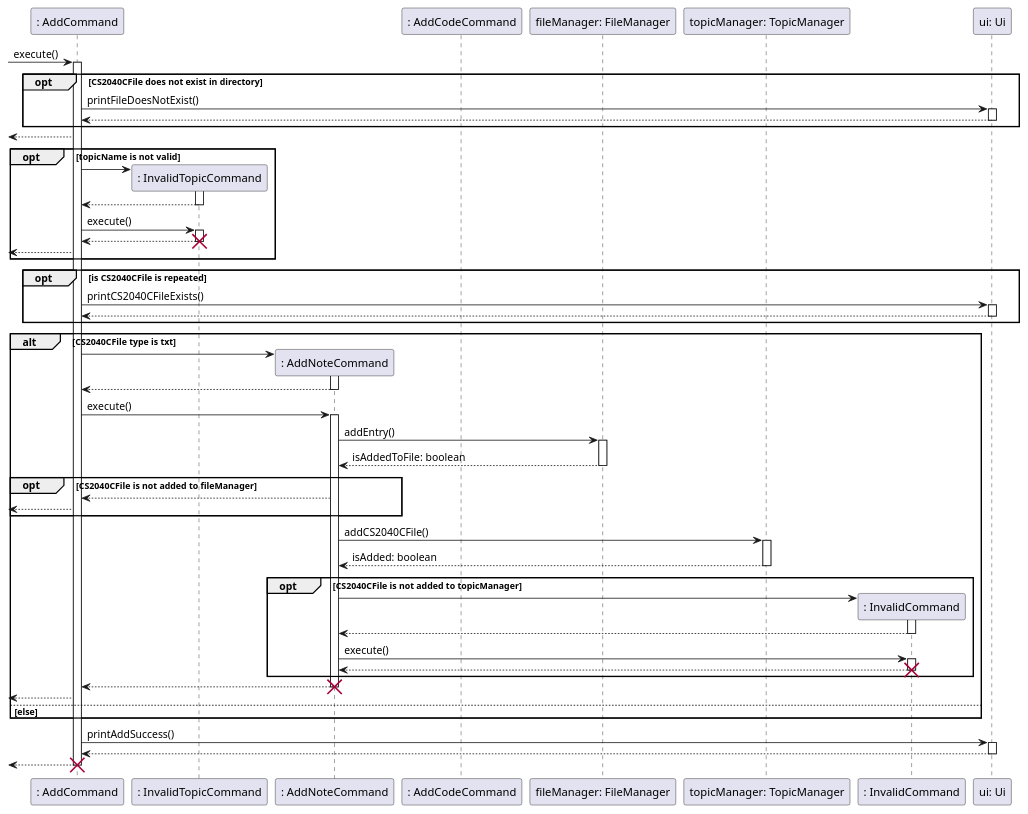
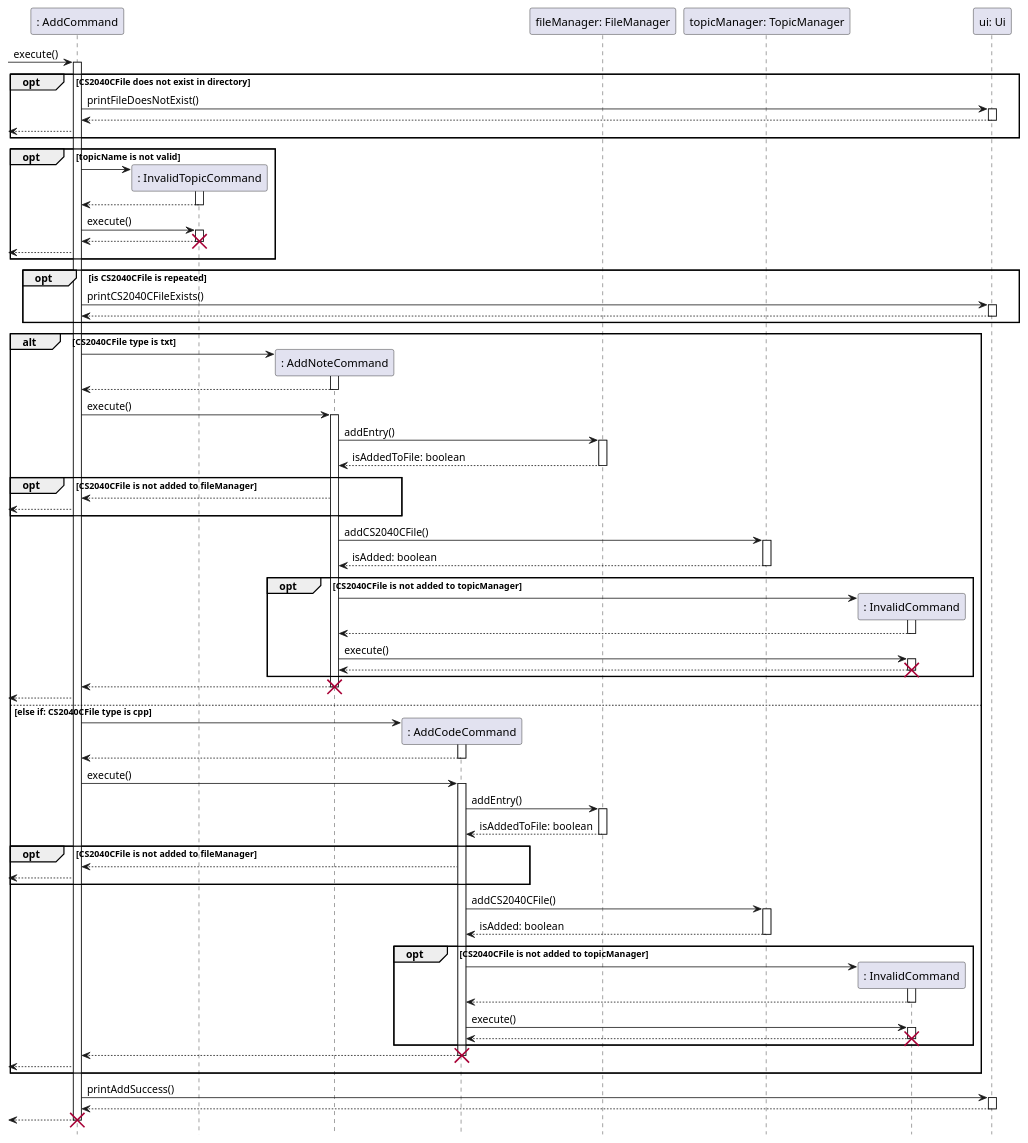
One commit to ong-ck/tp changed the diagram in docs/sequence-diagrams/source-files/AddFeature.puml. Above: the diagram before and after it, drawn with PlantUML. The commit also changed 7 other files, not shown here.

Commit message:
Add design and implementation for remove and update add sequence diagram

```diff
--- a/docs/sequence-diagrams/source-files/AddFeature.puml
+++ b/docs/sequence-diagrams/source-files/AddFeature.puml
@@ -1,80 +1,114 @@
 @startuml
-
+hide footbox
 participant ": AddCommand" as a
 participant ": InvalidTopicCommand" as it
 participant ": AddNoteCommand" as an
 participant ": AddCodeCommand" as ac
 participant "fileManager: FileManager" as fm
 participant "topicManager: TopicManager" as tm
 participant ": InvalidCommand" as ic
 participant "ui: Ui" as ui
 
 -> a : execute()
 activate a
     opt CS2040CFile does not exist in directory
         a -> ui : printFileDoesNotExist()
         activate ui
         return
+        <-- a
     end
-    <-- a
 
     opt topicName is not valid
         a -> it **
         activate it
         return
 
         a -> it: execute()
         activate it
         return
         destroy it
         <-- a
     end
 
     opt is CS2040CFile is repeated
         a -> ui : printCS2040CFileExists()
         activate ui
         return
     end
 
     alt CS2040CFile type is txt
         a -> an **
         activate an
         return
 
         a -> an : execute()
         activate an
             an -> fm : addEntry()
             activate fm
             return isAddedToFile: boolean
 
             opt CS2040CFile is not added to fileManager
                 an --> a
                 <-- a
             end
 
             an -> tm : addCS2040CFile()
             activate tm
             return isAdded: boolean
 
             opt CS2040CFile is not added to topicManager
                 an -> ic **
                 activate ic
                 return
 
                 an -> ic : execute()
                 activate ic
                 return
                 destroy ic
             end
             return
             destroy an
             <-- a
-        else else
+
+
+    else else if: CS2040CFile type is cpp
+         a -> ac **
+         activate ac
+         return
+
+         a -> ac : execute()
+         activate ac
+         ac -> fm : addEntry()
+         activate fm
+         return isAddedToFile: boolean
+
+         opt CS2040CFile is not added to fileManager
+             ac --> a
+             <-- a
+         end
+
+        ac -> tm : addCS2040CFile()
+        activate tm
+        return isAdded: boolean
+
+        opt CS2040CFile is not added to topicManager
+            ac -> ic **
+            activate ic
+        return
+
+        ac -> ic : execute()
+            activate ic
+            return
+            destroy ic
         end
+        return
+        destroy ac
+        <-- a
+    end
     a -> ui : printAddSuccess()
     activate ui
     return
 return
 destroy a
 
 @enduml
```
